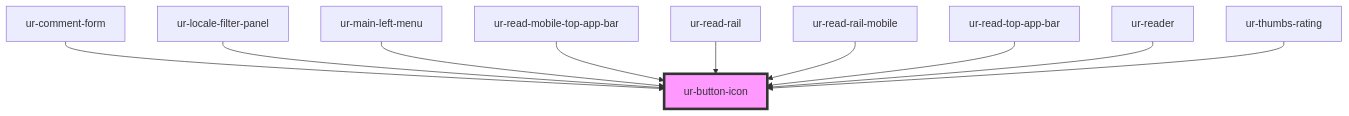
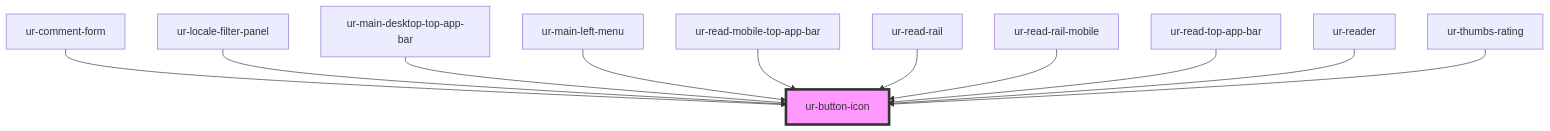
One commit to hellish/urnovl-web-components changed the diagram in src/components/ur-button-icon/readme.md. Above: the diagram before and after it, drawn with Mermaid. The commit also changed other lines of this file and 2 other files, not shown here.

Commit message:
theme to topbar

````diff
--- a/src/components/ur-button-icon/readme.md
+++ b/src/components/ur-button-icon/readme.md
@@ -35,13 +36,14 @@
 ```mermaid
 graph TD;
   ur-comment-form --> ur-button-icon
   ur-locale-filter-panel --> ur-button-icon
+  ur-main-desktop-top-app-bar --> ur-button-icon
   ur-main-left-menu --> ur-button-icon
   ur-read-mobile-top-app-bar --> ur-button-icon
   ur-read-rail --> ur-button-icon
   ur-read-rail-mobile --> ur-button-icon
   ur-read-top-app-bar --> ur-button-icon
   ur-reader --> ur-button-icon
   ur-thumbs-rating --> ur-button-icon
   style ur-button-icon fill:#f9f,stroke:#333,stroke-width:4px
 ```
````
